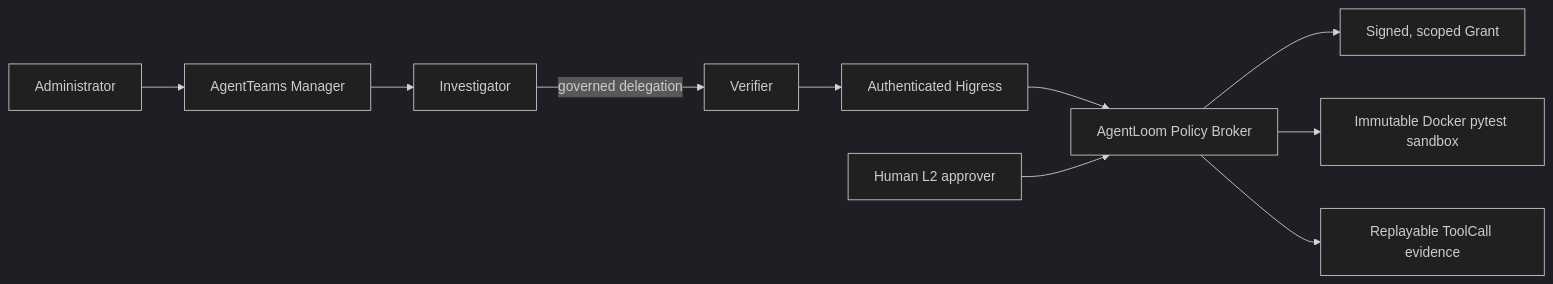
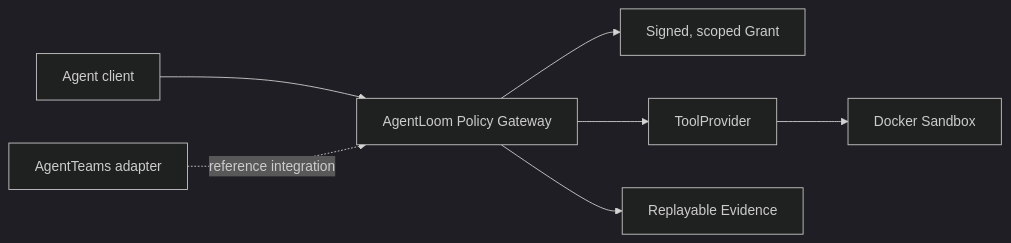
Before and after one commit to WilliamClifton-dev/AgentLoom: the diagram in README.en.md, drawn with Mermaid (dark theme). The commit also changed other lines of this file and 18 other files, not shown here.

````diff
--- a/README.en.md
+++ b/README.en.md
@@ -61,12 +69,9 @@
 ```mermaid
 flowchart LR
-    Administrator["Administrator"] --> Manager["AgentTeams Manager"]
-    Manager --> Investigator["Investigator"]
-    Investigator -->|"governed delegation"| Verifier["Verifier"]
-    Verifier --> Higress["Authenticated Higress"]
-    Higress --> Broker["AgentLoom Policy Broker"]
-    Broker --> Grant["Signed, scoped Grant"]
-    Broker --> Sandbox["Immutable Docker pytest sandbox"]
-    Broker --> Evidence["Replayable ToolCall evidence"]
-    Human["Human L2 approver"] --> Broker
+    Agent["Agent client"] --> Gateway["AgentLoom Policy Gateway"]
+    Gateway --> Grant["Signed, scoped Grant"]
+    Gateway --> Provider["ToolProvider"]
+    Provider --> Sandbox["Docker Sandbox"]
+    Gateway --> Evidence["Replayable Evidence"]
+    AgentTeams["AgentTeams adapter"] -. reference integration .-> Gateway
 ```
````
